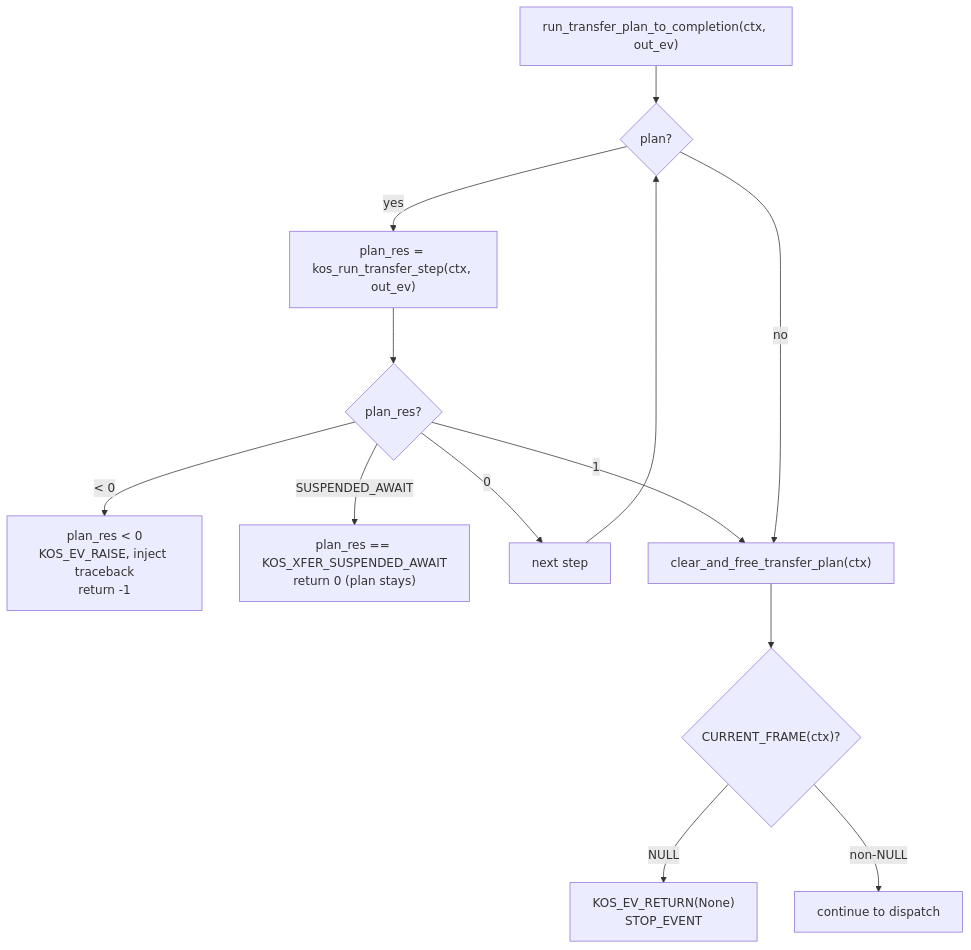
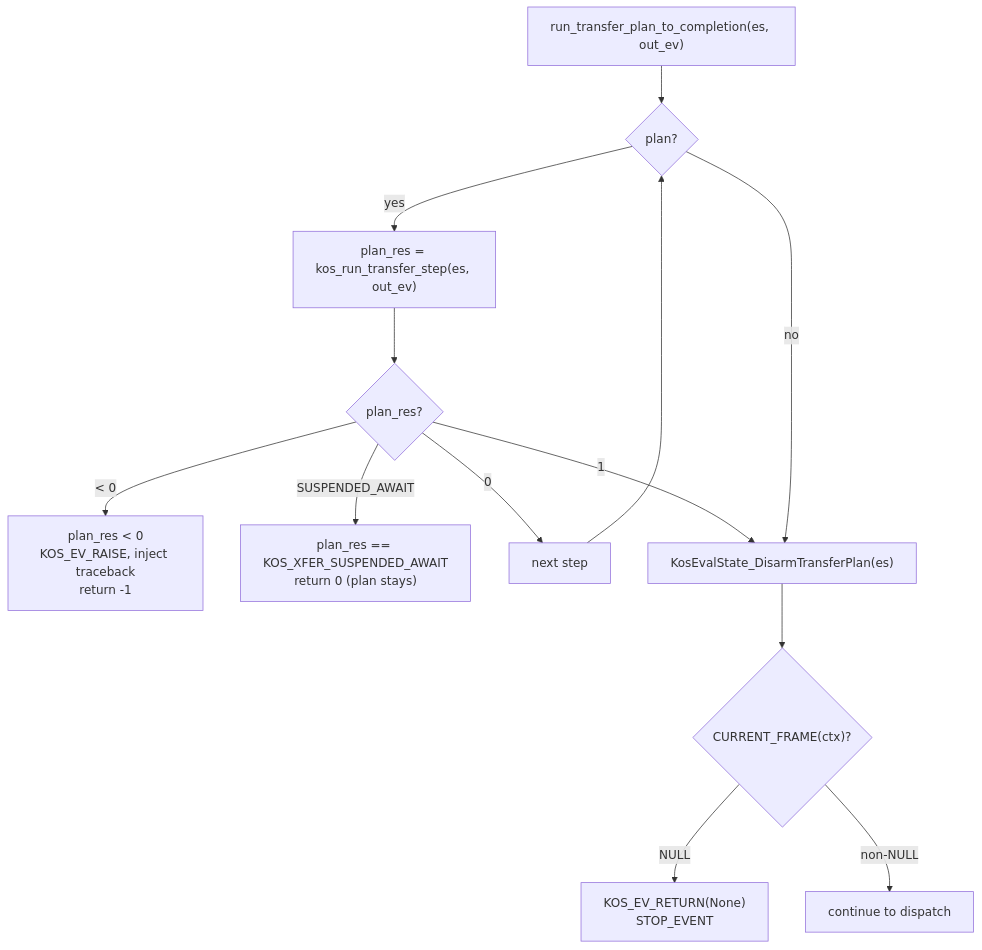
Before and after one commit to koskari-lang/koskari: the third of 10 diagrams in design/EVALUATOR.md, drawn with Mermaid. The commit also changed other lines of this file and 30 other files, not shown here.

````diff
--- a/design/EVALUATOR.md
+++ b/design/EVALUATOR.md
@@ -147,26 +162,26 @@
 ```mermaid
 flowchart TD
-    start["run_transfer_plan_to_completion(ctx, out_ev)"]
+    start["run_transfer_plan_to_completion(es, out_ev)"]
     has_plan{"plan?"}
-    step["plan_res = kos_run_transfer_step(ctx, out_ev)"]
+    step["plan_res = kos_run_transfer_step(es, out_ev)"]
     step_check{"plan_res?"}
     fail["plan_res < 0<br/>KOS_EV_RAISE, inject traceback<br/>return -1"]
     suspend["plan_res == KOS_XFER_SUSPENDED_AWAIT<br/>return 0 (plan stays)"]
     next_step["next step"]
-    clear["clear_and_free_transfer_plan(ctx)"]
+    clear["KosEvalState_DisarmTransferPlan(es)"]
     frame_check{"CURRENT_FRAME(ctx)?"}
     ret_none["KOS_EV_RETURN(None)<br/>STOP_EVENT"]
 
     start --> has_plan
     has_plan -->|yes| step
     step --> step_check
     step_check -->|< 0| fail
     step_check -->|SUSPENDED_AWAIT| suspend
     step_check -->|1| clear
     step_check -->|0| next_step
     next_step --> has_plan
     has_plan -->|no| clear
     clear --> frame_check
     frame_check -->|NULL| ret_none
     frame_check -->|non-NULL| loop_next["continue to dispatch"]
 ```
````
